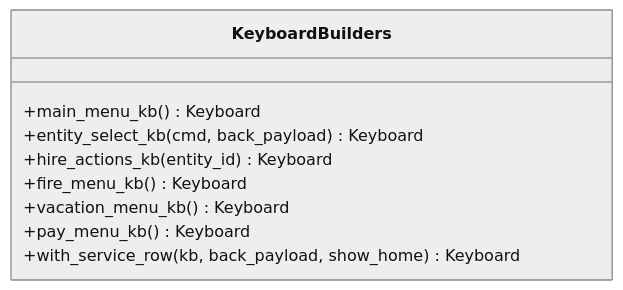
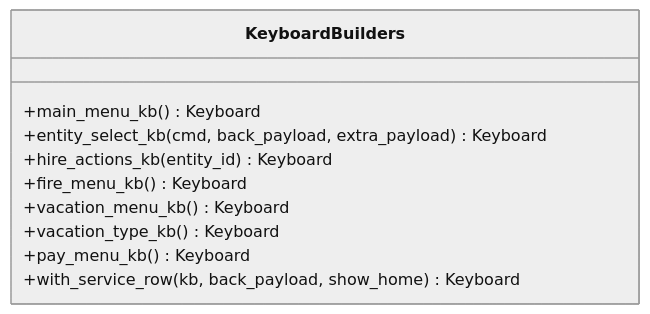
The sixth of 15 diagrams in .qoder/repowiki/en/content/VK Integration/Employment Lifecycle Management.md (ognelis/cafetera_hr_bot), drawn with Mermaid (neutral theme) before and after one commit. The commit also changed other lines of this file and 26 other files, not shown here.

````diff
--- a/.qoder/repowiki/en/content/VK Integration/Employment Lifecycle Management.md
+++ b/.qoder/repowiki/en/content/VK Integration/Employment Lifecycle Management.md
@@ -246,12 +257,13 @@
 ```mermaid
 classDiagram
 class KeyboardBuilders {
 +main_menu_kb() Keyboard
-+entity_select_kb(cmd, back_payload) Keyboard
++entity_select_kb(cmd, back_payload, extra_payload) Keyboard
 +hire_actions_kb(entity_id) Keyboard
 +fire_menu_kb() Keyboard
 +vacation_menu_kb() Keyboard
++vacation_type_kb() Keyboard
 +pay_menu_kb() Keyboard
 +with_service_row(kb, back_payload, show_home) Keyboard
 }
 ```
````
